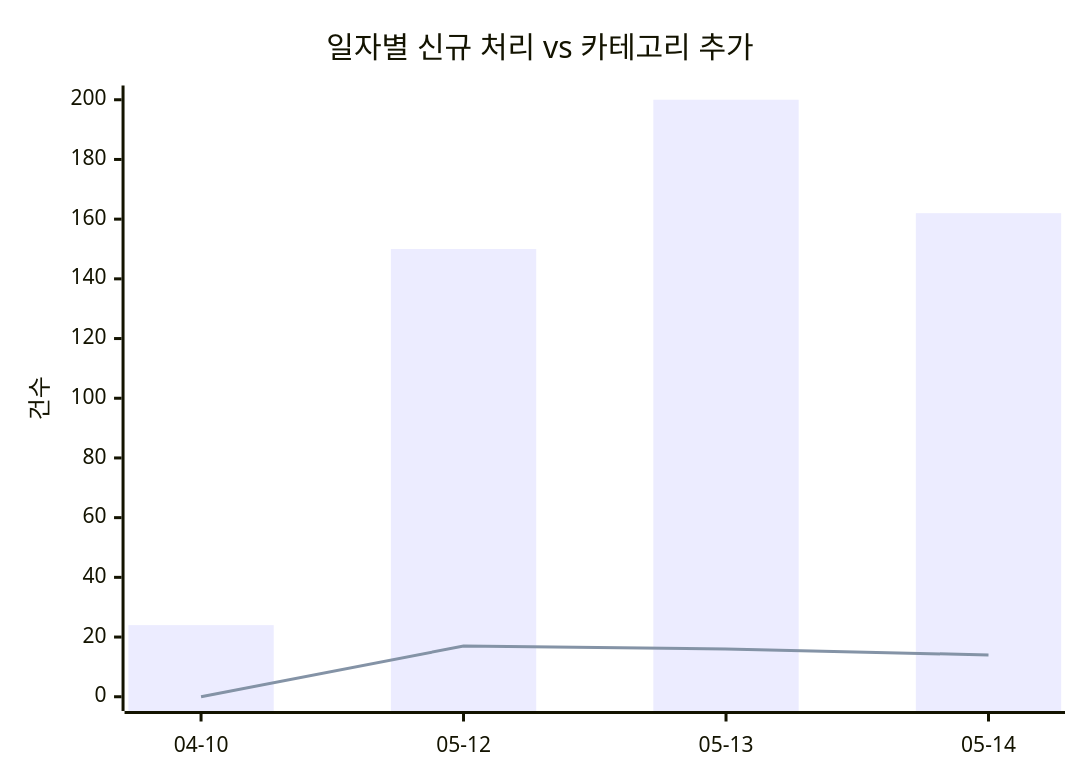
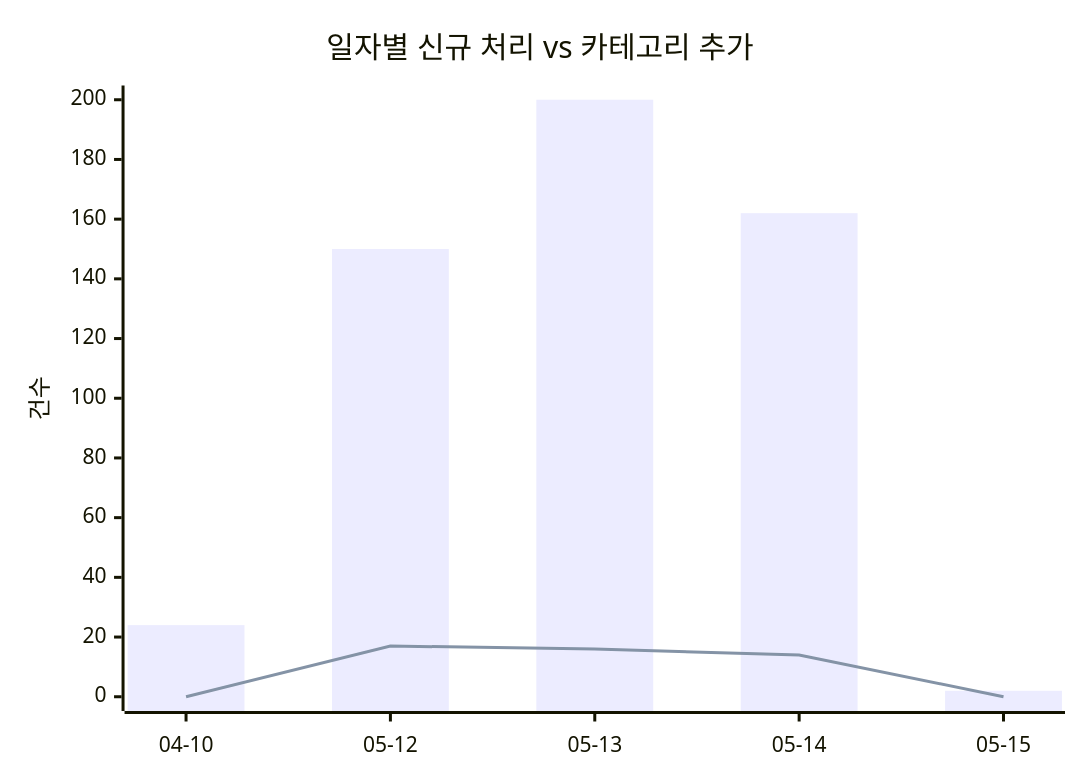
One commit to J-nowcow/awesome-korean-agent-skills changed the first of 2 diagrams in docs/trends.md. Above: the diagram before and after it, drawn with Mermaid. The commit also changed other lines of this file and 27 other files, not shown here.

````diff
--- a/docs/trends.md
+++ b/docs/trends.md
@@ -32,8 +32,8 @@
 ```mermaid
 xychart-beta
     title "일자별 신규 처리 vs 카테고리 추가"
-    x-axis ["04-10","05-12","05-13","05-14"]
+    x-axis ["04-10","05-12","05-13","05-14","05-15"]
     y-axis "건수"
-    bar [24,150,200,162]
-    line [0,17,16,14]
+    bar [24,150,200,162,2]
+    line [0,17,16,14,0]
 ```
````
